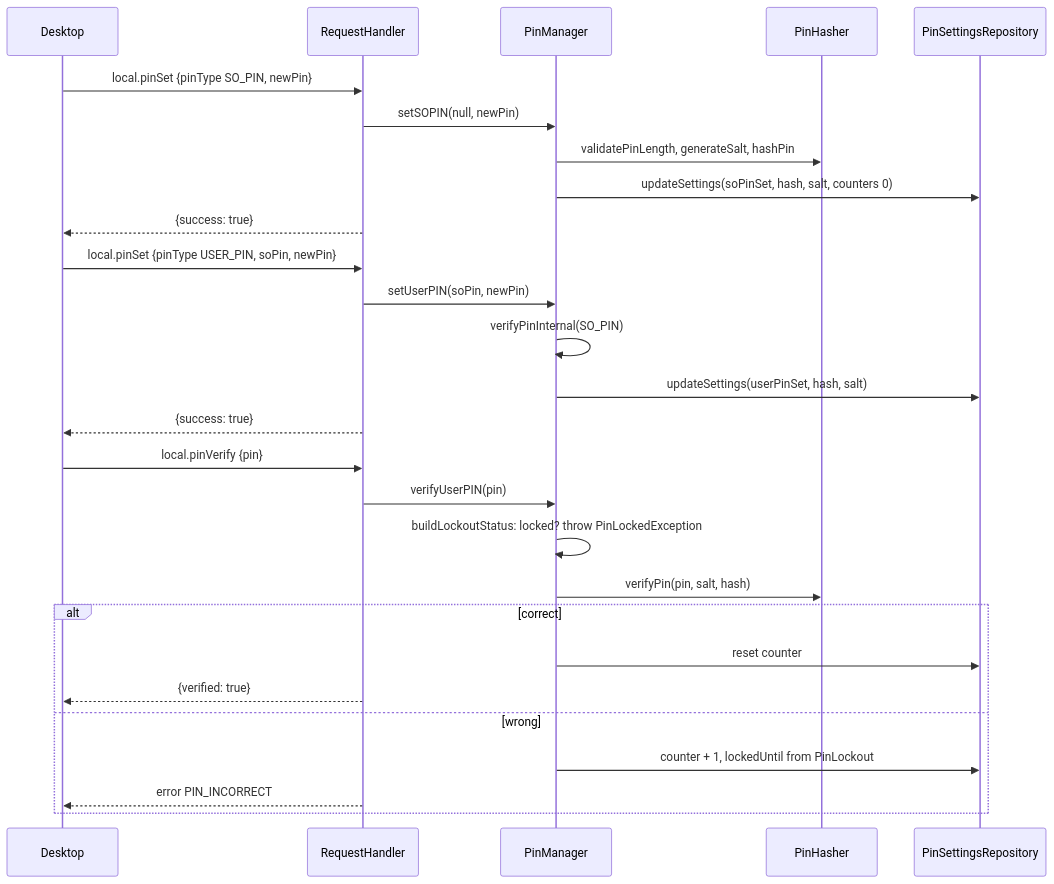
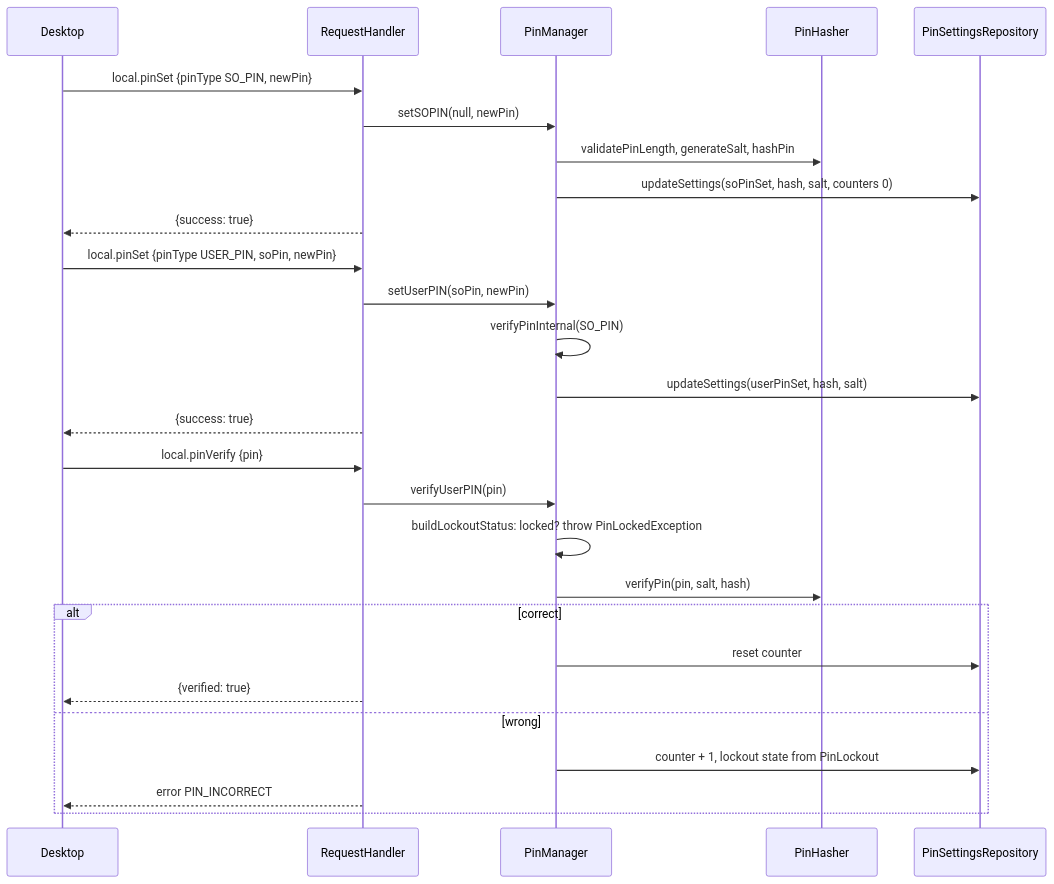
Before and after one commit to jeremyhahn/xkey-android: the diagram in docs/pin/architecture.md, drawn with Mermaid. The commit also changed other lines of this file and 84 other files, not shown here.

First line of the commit message:
pin and audit-log: clock-proof PIN lockout, authenticated log clear, complete audit rows (#318) (#335)

````diff
--- a/docs/pin/architecture.md
+++ b/docs/pin/architecture.md
@@ -46,32 +46,32 @@
 ```mermaid
 sequenceDiagram
     participant D as Desktop
     participant H as RequestHandler
     participant M as PinManager
     participant Hs as PinHasher
     participant S as PinSettingsRepository
 
     D->>H: local.pinSet {pinType SO_PIN, newPin}
     H->>M: setSOPIN(null, newPin)
     M->>Hs: validatePinLength, generateSalt, hashPin
     M->>S: updateSettings(soPinSet, hash, salt, counters 0)
     H-->>D: {success: true}
 
     D->>H: local.pinSet {pinType USER_PIN, soPin, newPin}
     H->>M: setUserPIN(soPin, newPin)
     M->>M: verifyPinInternal(SO_PIN)
     M->>S: updateSettings(userPinSet, hash, salt)
     H-->>D: {success: true}
 
     D->>H: local.pinVerify {pin}
     H->>M: verifyUserPIN(pin)
     M->>M: buildLockoutStatus: locked? throw PinLockedException
     M->>Hs: verifyPin(pin, salt, hash)
     alt correct
         M->>S: reset counter
         H-->>D: {verified: true}
     else wrong
-        M->>S: counter + 1, lockedUntil from PinLockout
+        M->>S: counter + 1, lockout state from PinLockout
         H-->>D: error PIN_INCORRECT
     end
 ```
````
